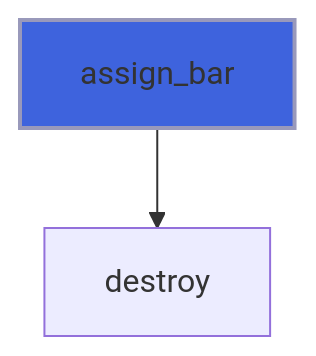
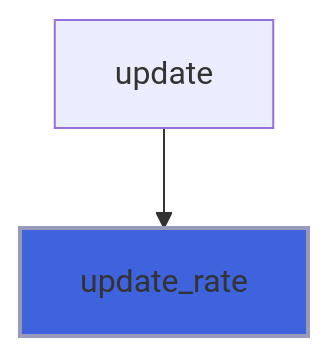
The tenth of 18 diagrams in docs/api/src/lib/forbear_bar_object.md (szaghi/forbear), drawn with Mermaid before and after one commit. The commit also changed other lines of this file and 101 other files, not shown here.

````diff
--- a/docs/api/src/lib/forbear_bar_object.md
+++ b/docs/api/src/lib/forbear_bar_object.md
@@ -242,5 +412,5 @@
 ```mermaid
 flowchart TD
-  assign_bar["assign_bar"] --> destroy["destroy"]
-  style assign_bar fill:#3e63dd,stroke:#99b,stroke-width:2px
+  update["update"] --> update_rate["update_rate"]
+  style update_rate fill:#3e63dd,stroke:#99b,stroke-width:2px
 ```
````
